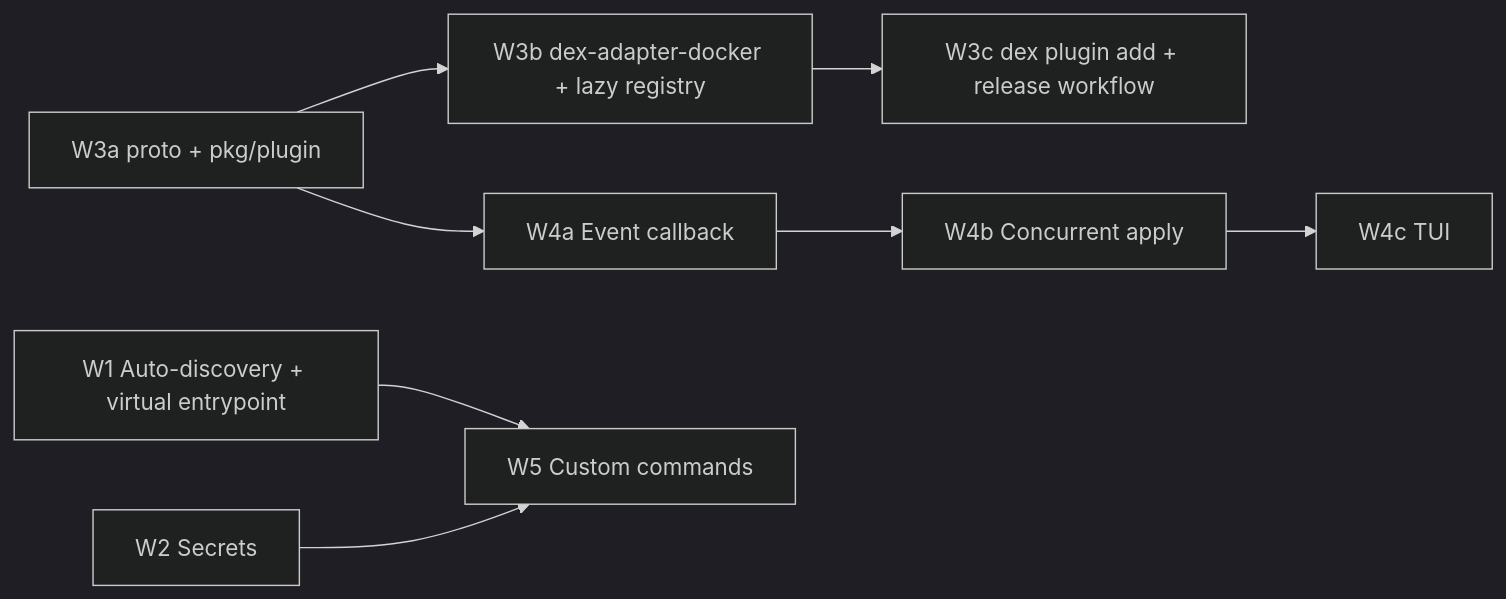
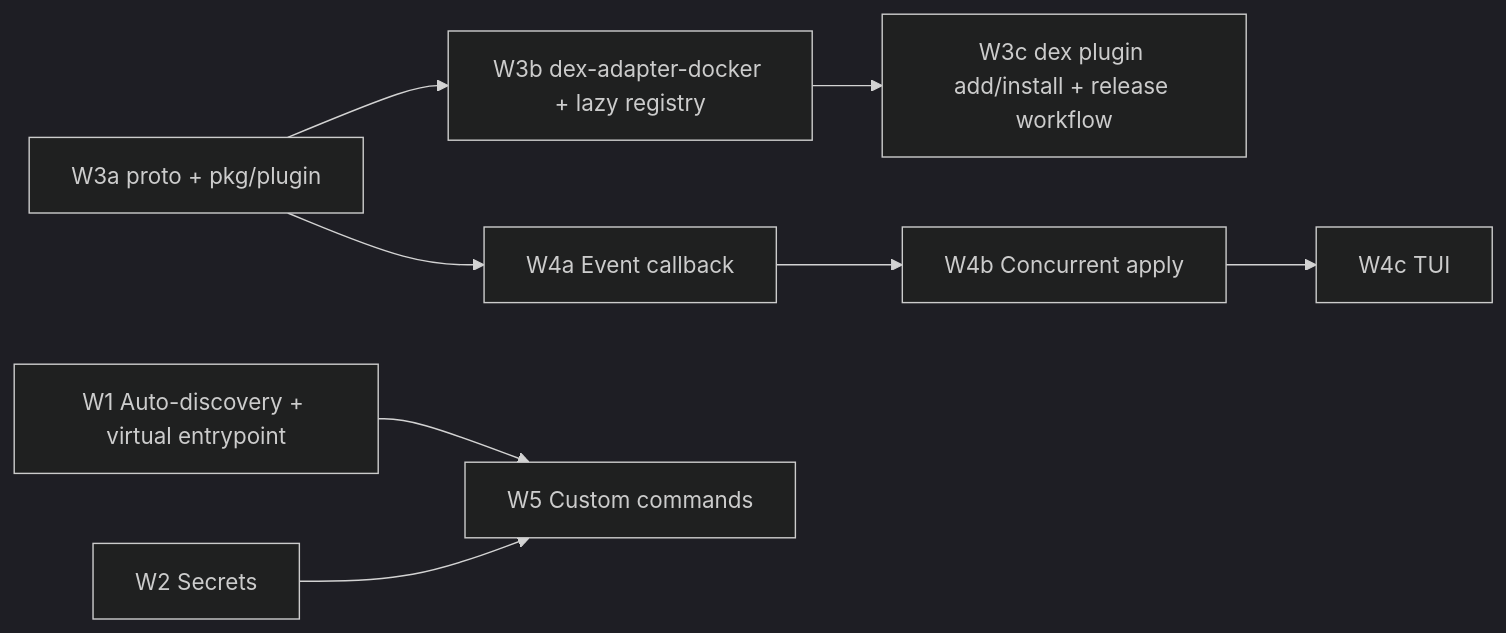
One commit to freality/dexter changed the diagram in docs/plans/phase-2-extensibility.md. Above: the diagram before and after it, drawn with Mermaid (dark theme). The commit also changed other lines of this file and 6 other files, not shown here.

````diff
--- a/docs/plans/phase-2-extensibility.md
+++ b/docs/plans/phase-2-extensibility.md
@@ -68,17 +66,17 @@
 ```mermaid
 graph LR
   W1[W1 Auto-discovery + virtual entrypoint]
   W2[W2 Secrets]
   W3a[W3a proto + pkg/plugin]
   W3b[W3b dex-adapter-docker + lazy registry]
-  W3c[W3c dex plugin add + release workflow]
+  W3c[W3c dex plugin add/install + release workflow]
   W4a[W4a Event callback]
   W4b[W4b Concurrent apply]
   W4c[W4c TUI]
   W5[W5 Custom commands]
   W3a --> W3b --> W3c
   W3a --> W4a
   W4a --> W4b --> W4c
   W1 --> W5
   W2 --> W5
 ```
````
